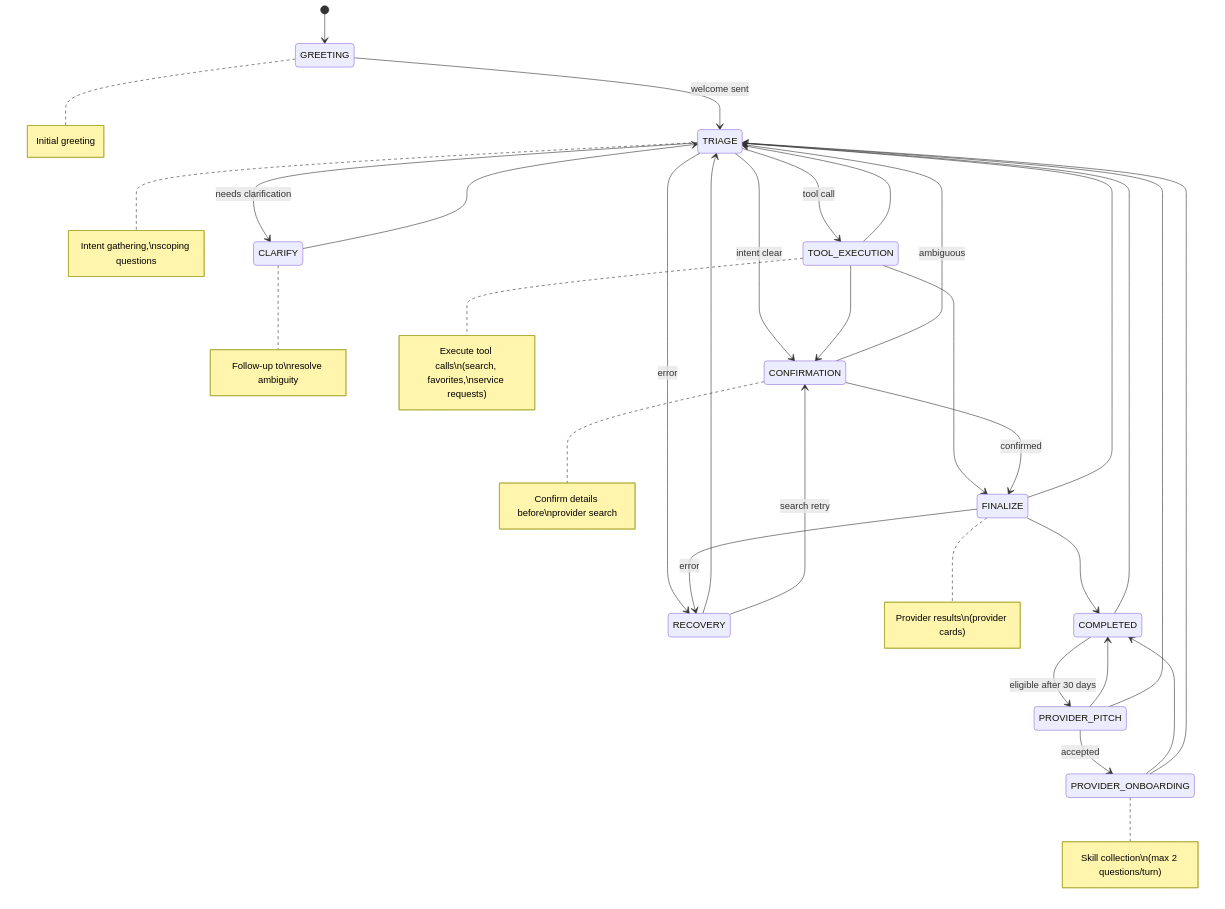
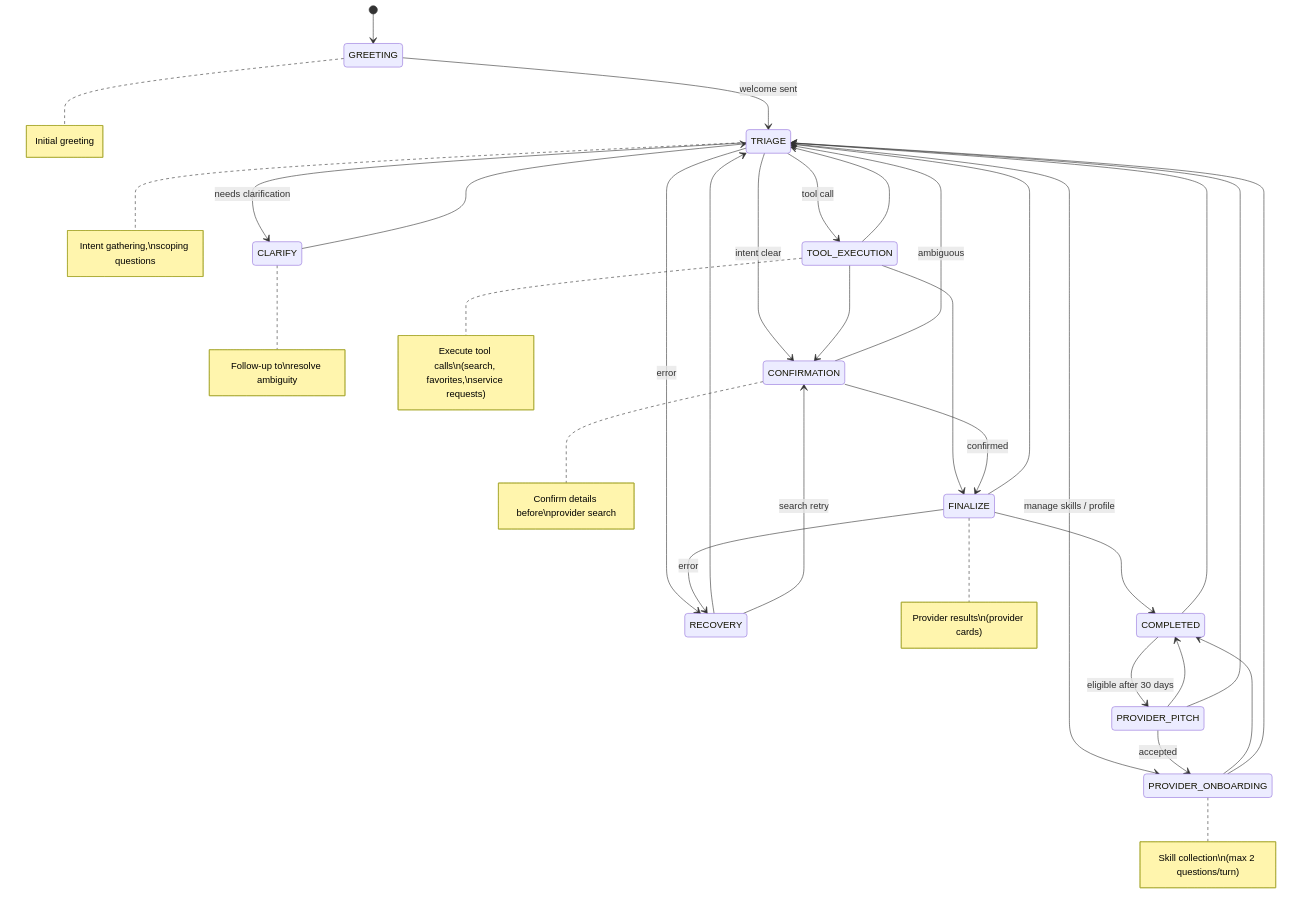
The first of 2 diagrams in docs/ai-assistant.md (Fides-Connect/linkora), drawn with Mermaid before and after one commit. The commit also changed 1 other file, not shown here.

Commit message:
Fix Copilot review: Firebase ADC setup, GOOGLE_PLACES_API_KEY, TRIAGE->PROVIDER_ONBOARDING

````diff
--- a/docs/ai-assistant.md
+++ b/docs/ai-assistant.md
@@ -60,44 +60,45 @@
 ```mermaid
 stateDiagram-v2
     [*] --> GREETING
     GREETING --> TRIAGE : welcome sent
 
     TRIAGE --> CLARIFY : needs clarification
     TRIAGE --> TOOL_EXECUTION : tool call
     TRIAGE --> CONFIRMATION : intent clear
+    TRIAGE --> PROVIDER_ONBOARDING : manage skills / profile
     TRIAGE --> RECOVERY : error
 
     CLARIFY --> TRIAGE
 
     TOOL_EXECUTION --> CONFIRMATION
     TOOL_EXECUTION --> FINALIZE
     TOOL_EXECUTION --> TRIAGE
 
     CONFIRMATION --> FINALIZE : confirmed
     CONFIRMATION --> TRIAGE : ambiguous
 
     FINALIZE --> COMPLETED
     FINALIZE --> RECOVERY : error
     FINALIZE --> TRIAGE
 
     RECOVERY --> TRIAGE
     RECOVERY --> CONFIRMATION : search retry
 
     COMPLETED --> PROVIDER_PITCH : eligible after 30 days
     COMPLETED --> TRIAGE
 
     PROVIDER_PITCH --> PROVIDER_ONBOARDING : accepted
     PROVIDER_PITCH --> COMPLETED
     PROVIDER_PITCH --> TRIAGE
 
     PROVIDER_ONBOARDING --> COMPLETED
     PROVIDER_ONBOARDING --> TRIAGE
 
     note right of GREETING : Initial greeting
     note right of TRIAGE : Intent gathering,\nscoping questions
     note right of CLARIFY : Follow-up to\nresolve ambiguity
     note right of TOOL_EXECUTION : Execute tool calls\n(search, favorites,\nservice requests)
     note right of CONFIRMATION : Confirm details before\nprovider search
     note right of FINALIZE : Provider results\n(provider cards)
     note right of PROVIDER_ONBOARDING : Skill collection\n(max 2 questions/turn)
 ```
````
